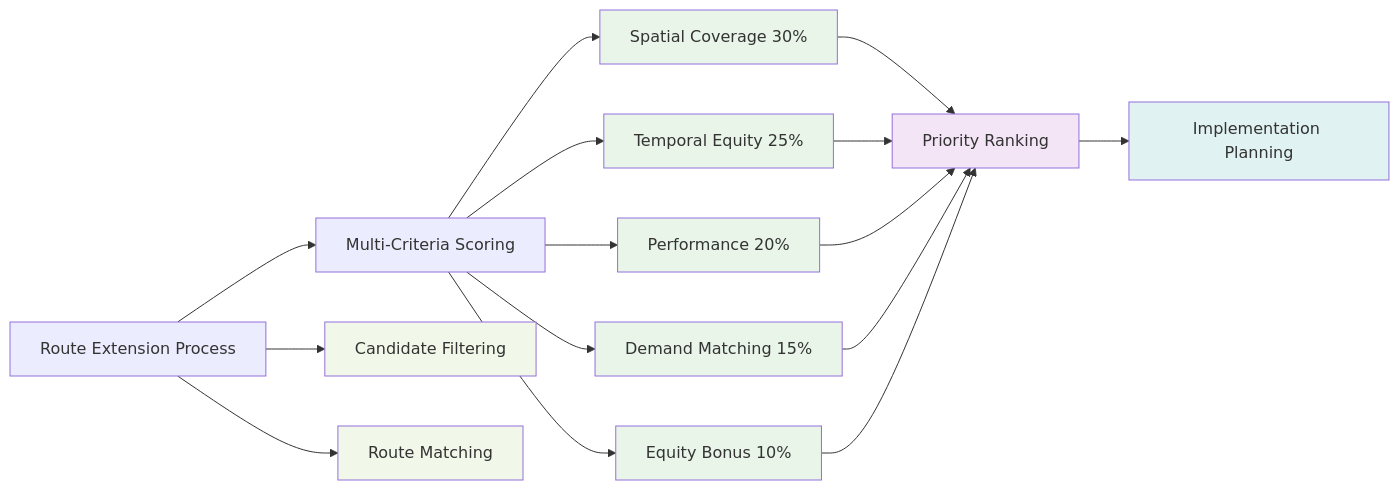
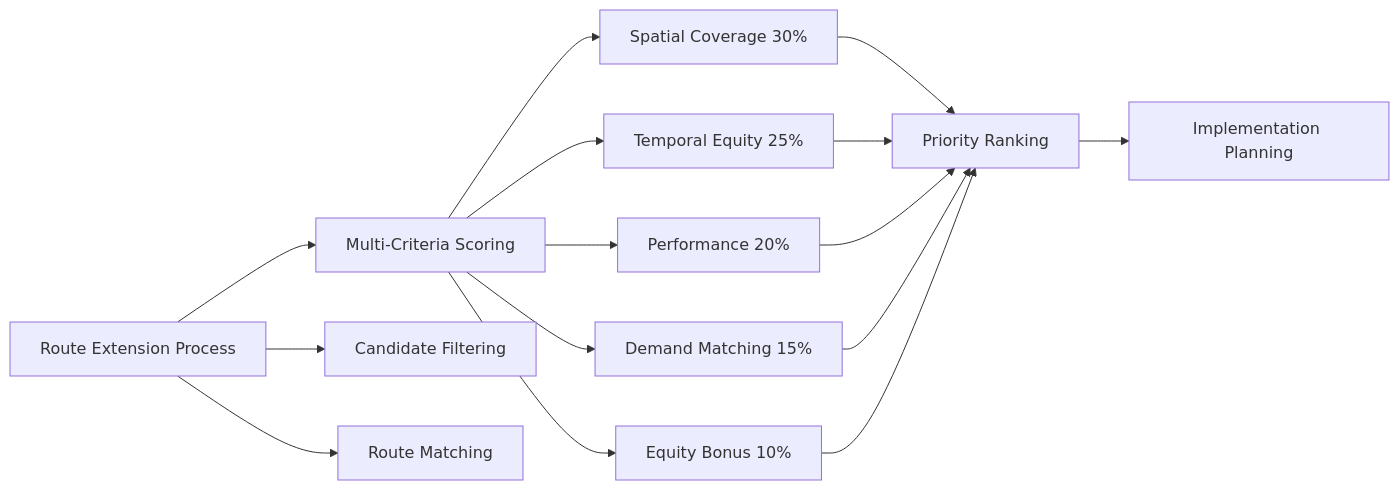
The third of 3 diagrams in README.md (atlonglastkibet/jav-nairobi), drawn with Mermaid before and after one commit. The commit also changed other lines of this file, not shown here.

````diff
--- a/README.md
+++ b/README.md
@@ -202,26 +202,21 @@
 ```mermaid
 graph LR
     A[Route Extension Process] --> B[Multi-Criteria Scoring]
 
-    A --> A1[Candidate Filtering]:::filtering
-    A --> A2[Route Matching]:::filtering
+    A --> A1[Candidate Filtering]
+    A --> A2[Route Matching]
 
-    B --> B1[Spatial Coverage 30%]:::scoring
-    B --> B2[Temporal Equity 25%]:::scoring
-    B --> B3[Performance 20%]:::scoring
-    B --> B4[Demand Matching 15%]:::scoring
-    B --> B5[Equity Bonus 10%]:::scoring
+    B --> B1[Spatial Coverage 30%]
+    B --> B2[Temporal Equity 25%]
+    B --> B3[Performance 20%]
+    B --> B4[Demand Matching 15%]
+    B --> B5[Equity Bonus 10%]
 
-    B1 --> C[Priority Ranking]:::ranking
+    B1 --> C[Priority Ranking]
     B2 --> C
     B3 --> C
     B4 --> C
     B5 --> C
 
-    C --> D[Implementation Planning]:::planning
-
-    classDef filtering fill:#f1f8e9
-    classDef scoring fill:#e8f5e8
-    classDef ranking fill:#f3e5f5
-    classDef planning fill:#e0f2f1
+    C --> D[Implementation Planning]
 ```
````
